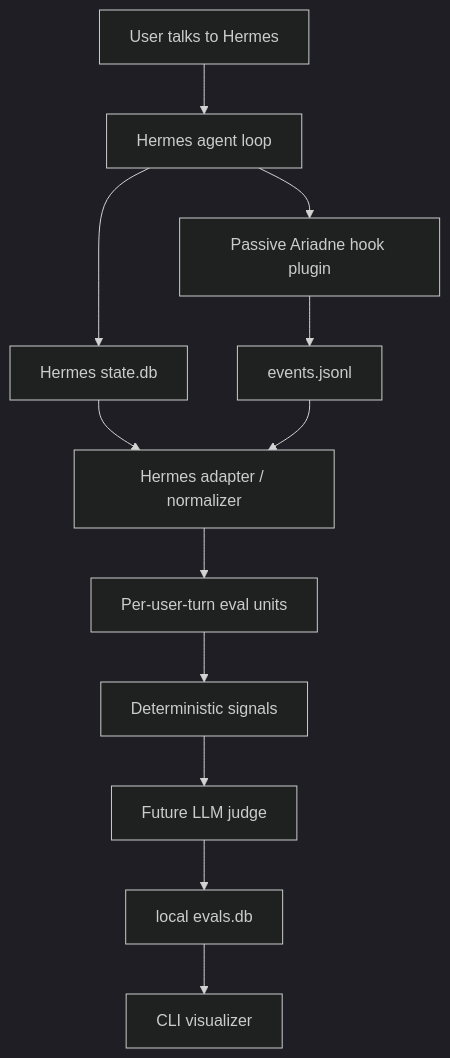
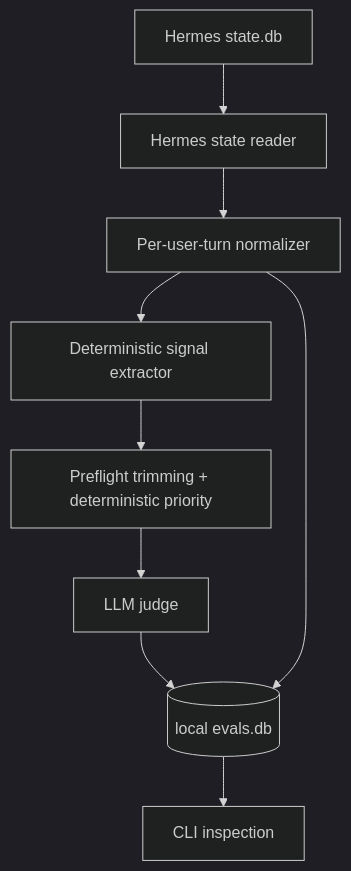
One commit to merlinhu1/ariadne-eval changed the diagram in README.md. Above: the diagram before and after it, drawn with Mermaid (dark theme). The commit also changed other lines of this file and 26 other files, not shown here.

First line of the commit message:
feat: add budgeted Hermes judge flow

````diff
--- a/README.md
+++ b/README.md
@@ -211,14 +208,11 @@
 ```mermaid
 graph TD
-    U[User talks to Hermes] --> H[Hermes agent loop]
-    H --> HS[Hermes state.db]
-    H --> PH[Passive Ariadne hook plugin]
-    PH --> EC[events.jsonl]
-    HS --> N[Hermes adapter / normalizer]
-    EC --> N
-    N --> EU[Per-user-turn eval units]
-    EU --> D[Deterministic signals]
-    D --> J[Future LLM judge]
-    J --> DB[local evals.db]
-    DB --> CLI[CLI visualizer]
+    HS[Hermes state.db] --> R[Hermes state reader]
+    R --> N[Per-user-turn normalizer]
+    N --> S[Deterministic signal extractor]
+    S --> T[Preflight trimming + deterministic priority]
+    T --> J[LLM judge]
+    J --> DB[(local evals.db)]
+    N --> DB
+    DB --> CLI[CLI inspection]
 ```
````
